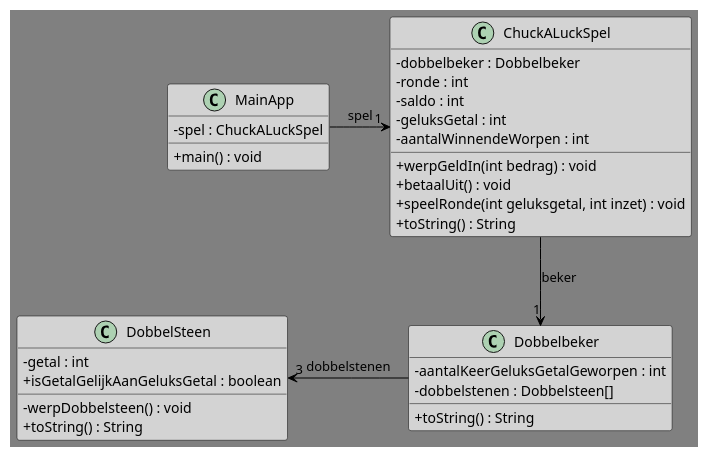
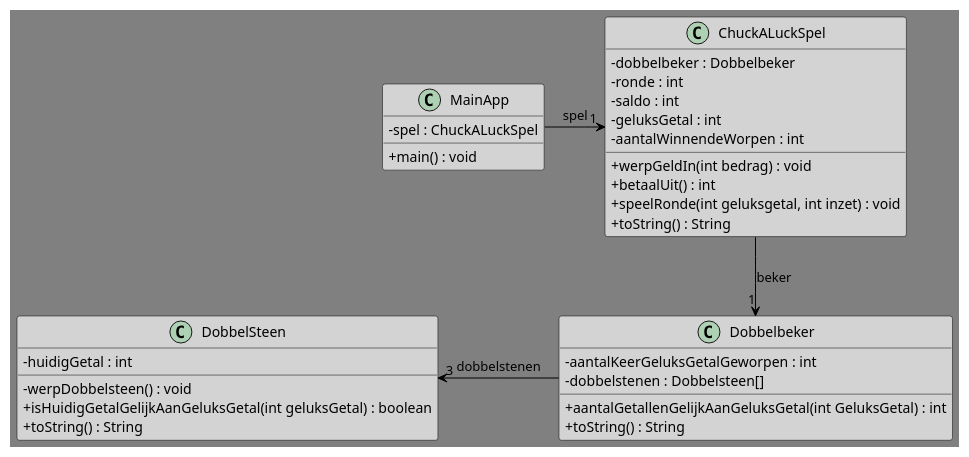
Before and after one commit to daniel1890/OOPD-Opgaves: the diagram in src/week3/opgave72chuckaluck/ChuckALuckClassDiagram.puml, drawn with PlantUML.

Commit message:
UML diagram voor opgave 7.2 chuckaluck is klaar (fix, parameters variabelen)

```diff
--- a/src/week3/opgave72chuckaluck/ChuckALuckClassDiagram.puml
+++ b/src/week3/opgave72chuckaluck/ChuckALuckClassDiagram.puml
@@ -1,48 +1,49 @@
 @startuml
 'https://plantuml.com/class-diagram
 
 skinparam class {
 BackgroundColor LightGrey
 ArrowColor Black
 BorderColor Black
 BackgroundColor<<Foo>> DarkGrey
 }
 skinparam classAttributeIconSize 0
 skinparam backgroundcolor Gray
 skinparam stereotypeCBackgroundColor YellowGreen
 
 class MainApp {
 -spel : ChuckALuckSpel
 +main() : void
 }
 
 class ChuckALuckSpel {
 -dobbelbeker : Dobbelbeker
 -ronde : int
 -saldo : int
 -geluksGetal : int
 -aantalWinnendeWorpen : int
 +werpGeldIn(int bedrag) : void
-+betaalUit() : void
++betaalUit() : int
 +speelRonde(int geluksgetal, int inzet) : void
 +toString() : String
 }
 
 class Dobbelbeker {
 -aantalKeerGeluksGetalGeworpen : int
 -dobbelstenen : Dobbelsteen[]
++aantalGetallenGelijkAanGeluksGetal(int GeluksGetal) : int
 +toString() : String
 }
 
 class DobbelSteen {
--getal : int
+-huidigGetal : int
 -werpDobbelsteen() : void
-+isGetalGelijkAanGeluksGetal : boolean
++isHuidigGetalGelijkAanGeluksGetal(int geluksGetal) : boolean
 +toString() : String
 }
 
 MainApp -right-> "1" ChuckALuckSpel : spel
 ChuckALuckSpel -down-> "1" Dobbelbeker : beker
 Dobbelbeker -left-> "3" DobbelSteen : dobbelstenen
 
 @enduml
```
